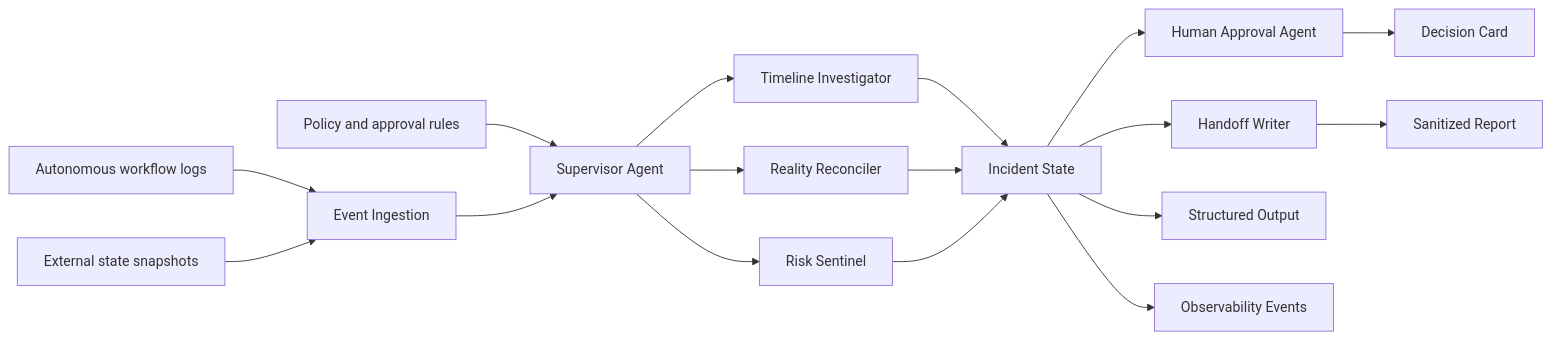
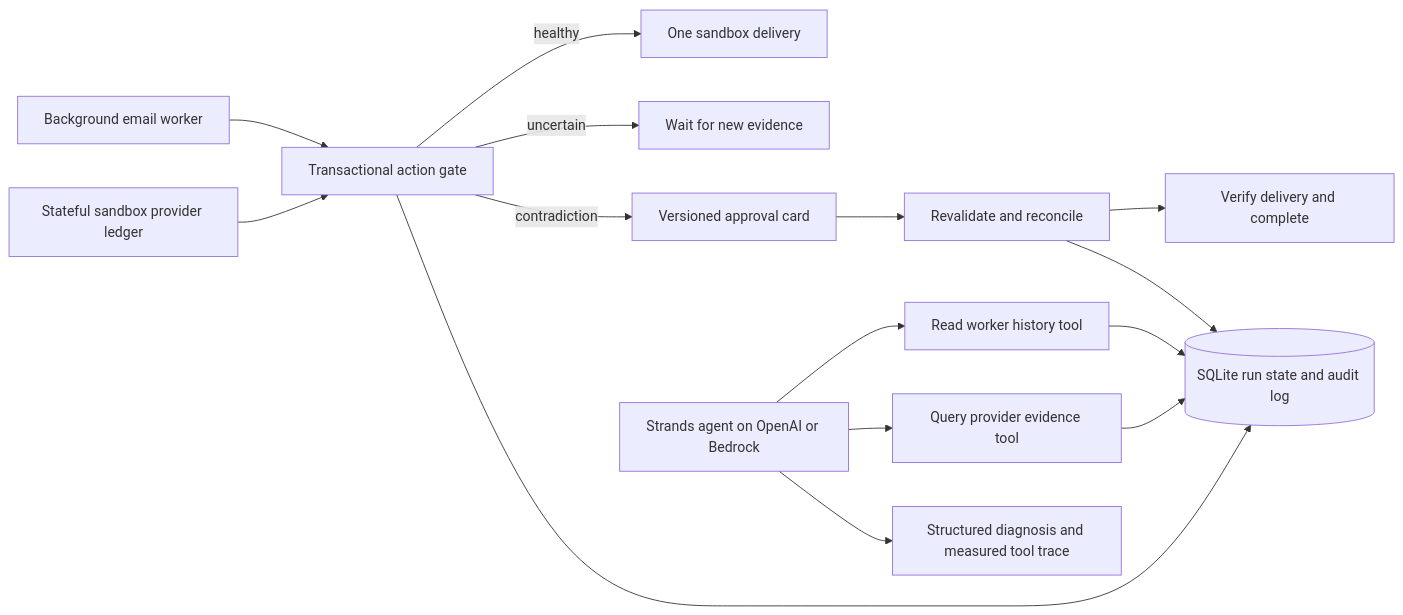
One commit to mofeed28/stateguard changed the diagram in docs/ARCHITECTURE.md. Above: the diagram before and after it, drawn with Mermaid. The commit also changed other lines of this file and 44 other files, not shown here.

````diff
--- a/docs/ARCHITECTURE.md
+++ b/docs/ARCHITECTURE.md
@@ -5,19 +5,17 @@
 ```mermaid
 flowchart LR
-    A[Autonomous workflow logs] --> B[Event Ingestion]
-    C[External state snapshots] --> B
-    D[Policy and approval rules] --> E[Supervisor Agent]
-    B --> E
-    E --> F[Timeline Investigator]
-    E --> G[Reality Reconciler]
-    E --> H[Risk Sentinel]
-    F --> I[Incident State]
-    G --> I
-    H --> I
-    I --> J[Human Approval Agent]
-    J --> K[Decision Card]
-    I --> L[Handoff Writer]
-    L --> M[Sanitized Report]
-    I --> N[Structured Output]
-    I --> O[Observability Events]
+  W[Background email worker] --> G[Transactional action gate]
+  P[Stateful sandbox provider ledger] --> G
+  G -->|healthy| D[One sandbox delivery]
+  G -->|uncertain| Q[Wait for new evidence]
+  G -->|contradiction| H[Versioned approval card]
+  H --> R[Revalidate and reconcile]
+  R --> V[Verify delivery and complete]
+  S[Strands agent on OpenAI or Bedrock] --> T[Read worker history tool]
+  S --> E[Query provider evidence tool]
+  T --> DB[(SQLite run state and audit log)]
+  E --> DB
+  S --> A[Structured diagnosis and measured tool trace]
+  G --> DB
+  R --> DB
 ```
````
